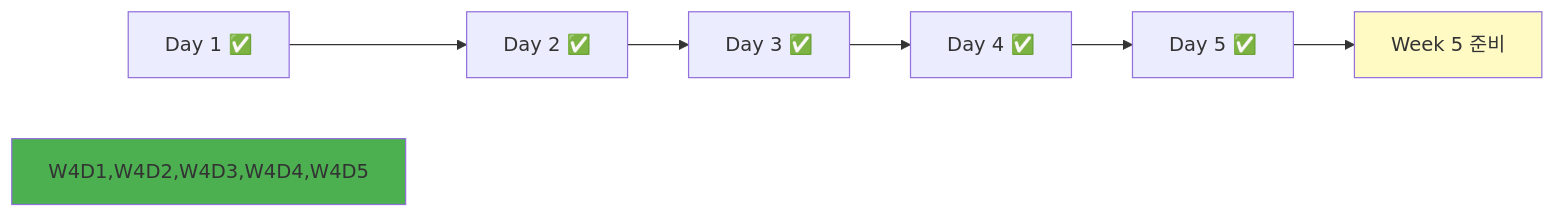
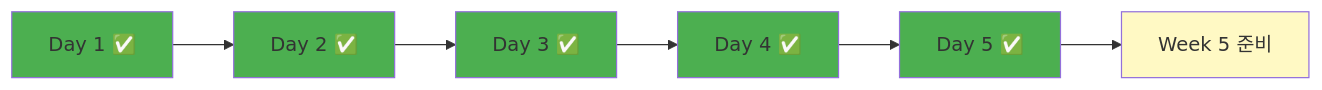
Before and after one commit to niceguy61/kdt_devops_lecture_2025: the fifth of 5 diagrams in theory/week_04/day5/README.md, drawn with Mermaid.

````diff
--- a/theory/week_04/day5/README.md
+++ b/theory/week_04/day5/README.md
@@ -406,11 +406,15 @@
 ```mermaid
 graph LR
     W4D1[Day 1 ✅] --> W4D2[Day 2 ✅]
     W4D2 --> W4D3[Day 3 ✅]
     W4D3 --> W4D4[Day 4 ✅]
     W4D4 --> W4D5[Day 5 ✅]
     W4D5 --> W5[Week 5 준비]
     
-    style W4D1,W4D2,W4D3,W4D4,W4D5 fill:#4caf50
+    style W4D1 fill:#4caf50
+    style W4D2 fill:#4caf50
+    style W4D3 fill:#4caf50
+    style W4D4 fill:#4caf50
+    style W4D5 fill:#4caf50
     style W5 fill:#fff9c4
 ```
````
